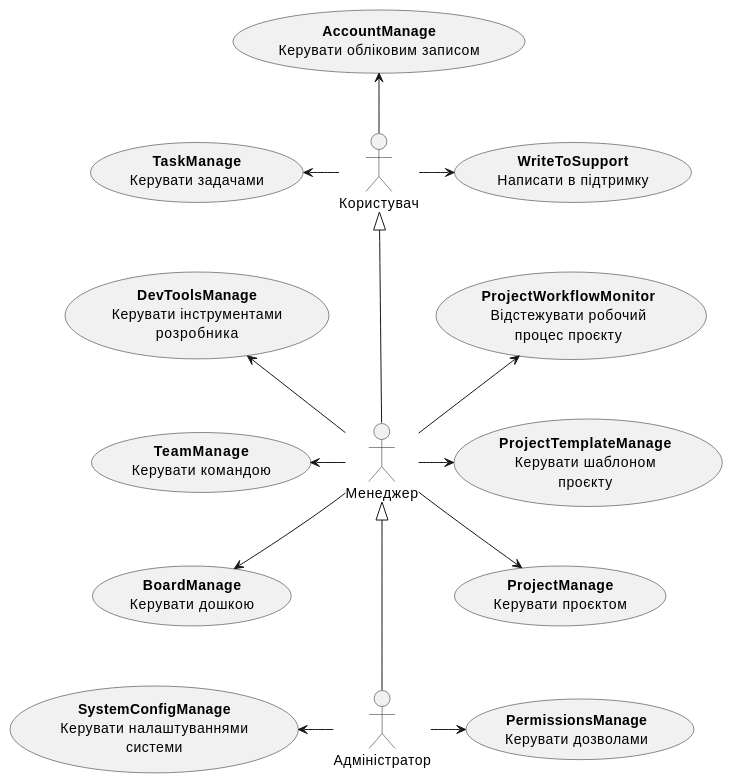
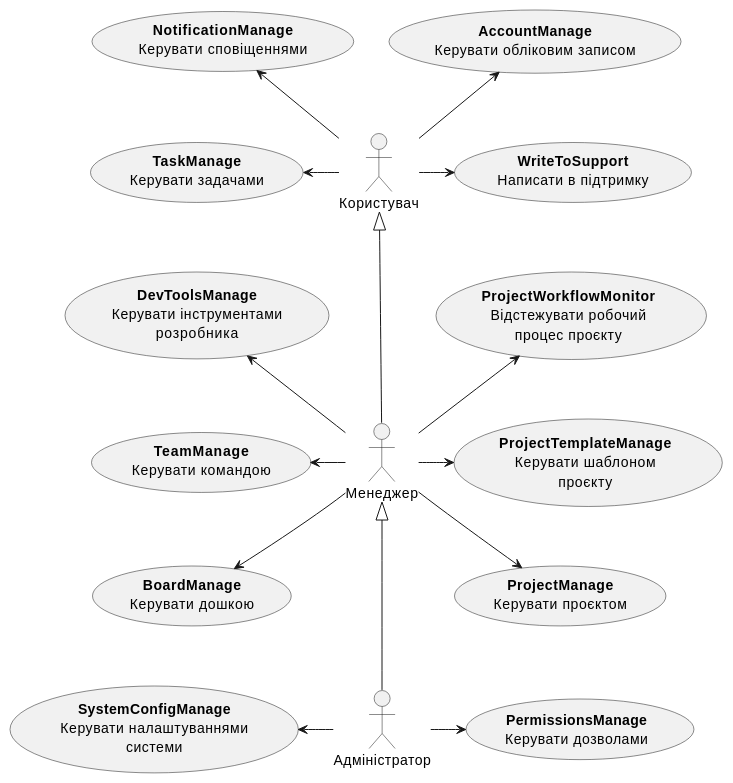
One commit to boldak/edu-db-cw changed the first of 29 diagrams in docs/use cases/README.md. Above: the diagram before and after it, drawn with PlantUML. The commit also changed other lines of this file and 1 other file, not shown here.

```diff
--- a/docs/use cases/README.md
+++ b/docs/use cases/README.md
@@ -12,39 +12,41 @@
 @startuml
   actor "Користувач" as User
   actor "Менеджер" as Manager
   actor "Адміністратор" as Admin
   
   Manager --u-|> User
   Admin -u-|> Manager
   
   usecase "<b>AccountManage</b>\nКерувати обліковим записом" as AccountManage
+  usecase "<b>NotificationManage</b>\nКерувати сповіщеннями" as NotificationManage
   usecase "<b>TaskManage</b>\nКерувати задачами" as TaskManage
   usecase "<b>WriteToSupport</b>\nНаписати в підтримку" as WriteToSupport
   usecase "<b>ProjectManage</b>\nКерувати проєктом" as ProjectManage
   usecase "<b>TeamManage</b>\nКерувати командою" as TeamManage
   usecase "<b>BoardManage</b>\nКерувати дошкою" as BoardManage
   usecase "<b>ProjectTemplateManage</b>\nКерувати шаблоном\nпроєкту" as ProjectTemplateManage
   usecase "<b>ProjectWorkflowMonitor</b>\nВідстежувати робочий\nпроцес проєкту" as ProjectWorkflowMonitor
   usecase "<b>DevToolsManage</b>\nКерувати інструментами\nрозробника" as DevToolsManage
   usecase "<b>PermissionsManage</b>\nКерувати дозволами" as PermissionsManage
   usecase "<b>SystemConfigManage</b>\nКерувати налаштуваннями\nсистеми" as SystemConfigManage
   
   User -u-> AccountManage
+  User -u-> NotificationManage
   User -l-> TaskManage
   User -r-> WriteToSupport
   
   Manager -r-> ProjectTemplateManage
   Manager -l-> TeamManage
   Manager -u-> DevToolsManage
   Manager -u-> ProjectWorkflowMonitor
   TaskManage -[hidden]-> DevToolsManage
   WriteToSupport -[hidden]-> ProjectWorkflowMonitor
   
   Manager -d-> ProjectManage
   Manager -d-> BoardManage
   BoardManage -[hidden]-> SystemConfigManage
   ProjectManage <-[hidden]- PermissionsManage
   Admin -r-> PermissionsManage
   Admin -l-> SystemConfigManage
   
 @enduml
```
